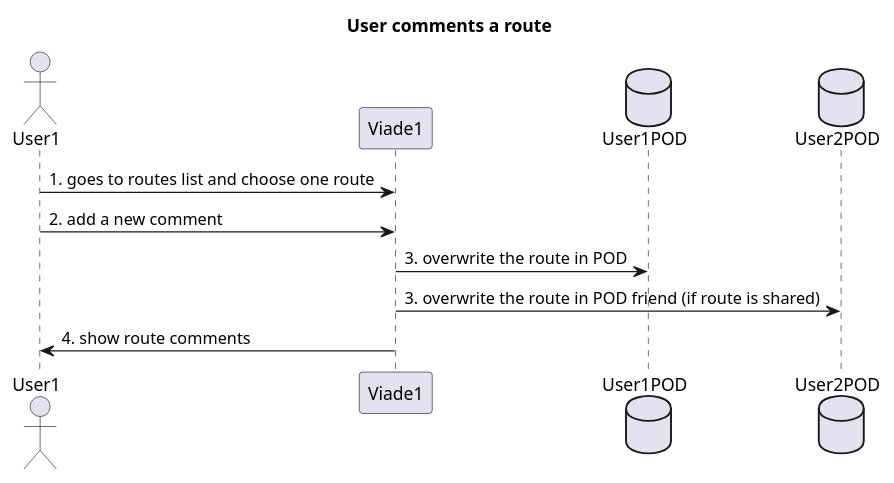
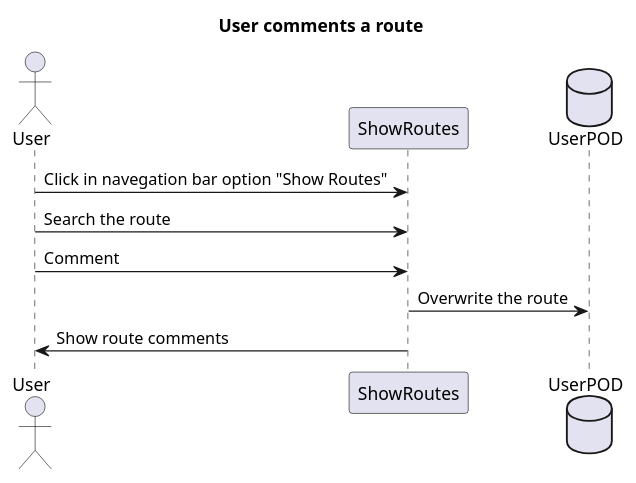
The fourth of 4 diagrams in src/docs/06_runtime_view.adoc (Arquisoft/viade_es2c), drawn with PlantUML before and after one commit. The commit also changed other lines of this file and 3 other files, not shown here.

```diff
--- a/src/docs/06_runtime_view.adoc
+++ b/src/docs/06_runtime_view.adoc
@@ -64,13 +67,12 @@
 [plantuml,"Routes comment secuence diagram",png]
 ----
 title User comments a route
-actor User1
-participant Viade1
-database User1POD
-database User2POD
-User1 -> Viade1: 1. goes to routes list and choose one route
-User1 -> Viade1: 2. add a new comment
-Viade1 -> User1POD: 3. overwrite the route in POD
-Viade1 -> User2POD: 3. overwrite the route in POD friend (if route is shared)
-Viade1 -> User1: 4. show route comments
+actor User
+participant ShowRoutes
+database UserPOD
+User -> ShowRoutes: Click in navegation bar option "Show Routes"
+User -> ShowRoutes: Search the route
+User -> ShowRoutes: Comment
+ShowRoutes -> UserPOD: Overwrite the route
+ShowRoutes -> User: Show route comments
 ----
```
